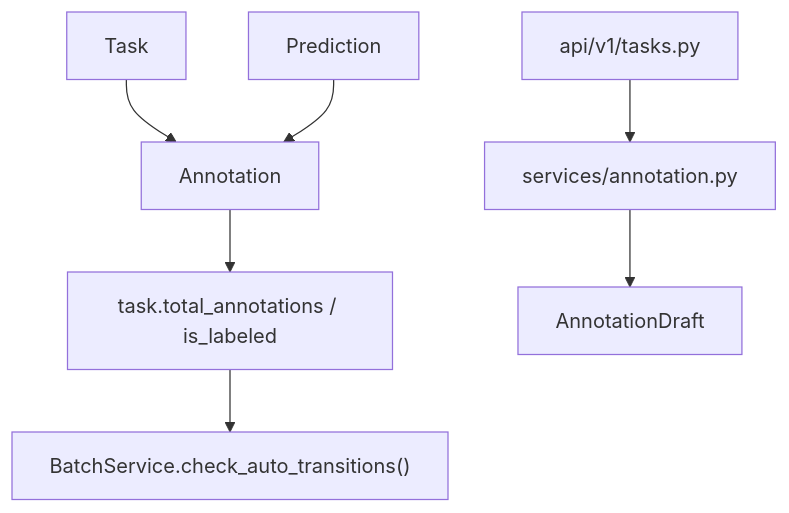
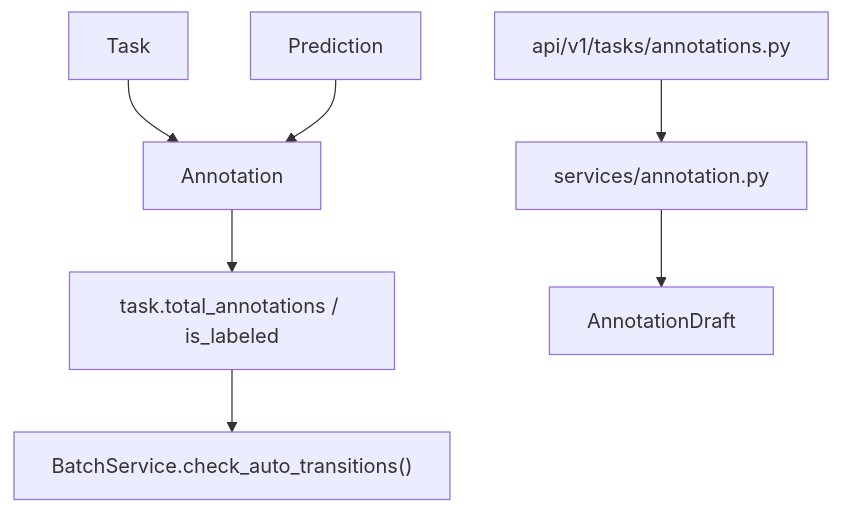
Before and after one commit to yyq19990828/ai-annotation-platform: the diagram in docs-site/dev/concepts/annotation-module.md, drawn with Mermaid. The commit also changed other lines of this file and 26 other files, not shown here.

First line of the commit message:
refactor(api): 拆 tasks.py 巨石 router 为 tasks/ 子包(v0.16.9)

````diff
--- a/docs-site/dev/concepts/annotation-module.md
+++ b/docs-site/dev/concepts/annotation-module.md
@@ -27,9 +27,9 @@
 ```mermaid
 graph TD
   Task["Task"] --> Annotation["Annotation"]
   Prediction["Prediction"] --> Annotation
   Annotation --> TaskStats["task.total_annotations / is_labeled"]
   TaskStats --> BatchAuto["BatchService.check_auto_transitions()"]
-  AnnotationAPI["api/v1/tasks.py"] --> AnnotationService["services/annotation.py"]
+  AnnotationAPI["api/v1/tasks/annotations.py"] --> AnnotationService["services/annotation.py"]
   AnnotationService --> Draft["AnnotationDraft"]
 ```
````
